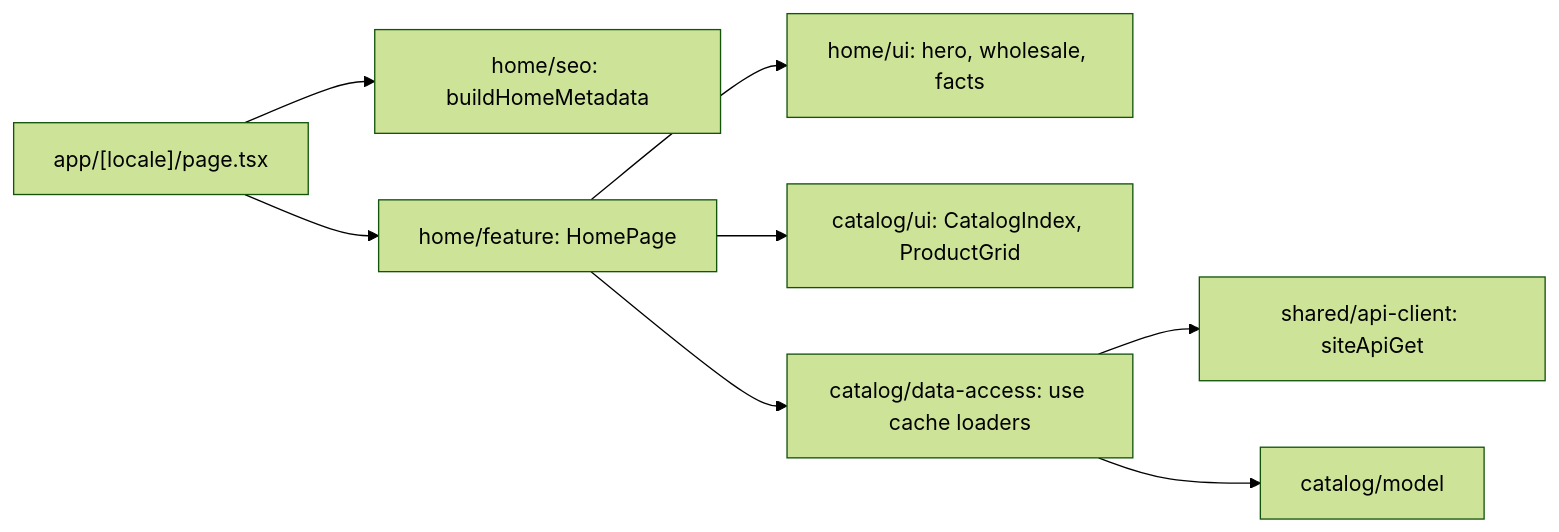
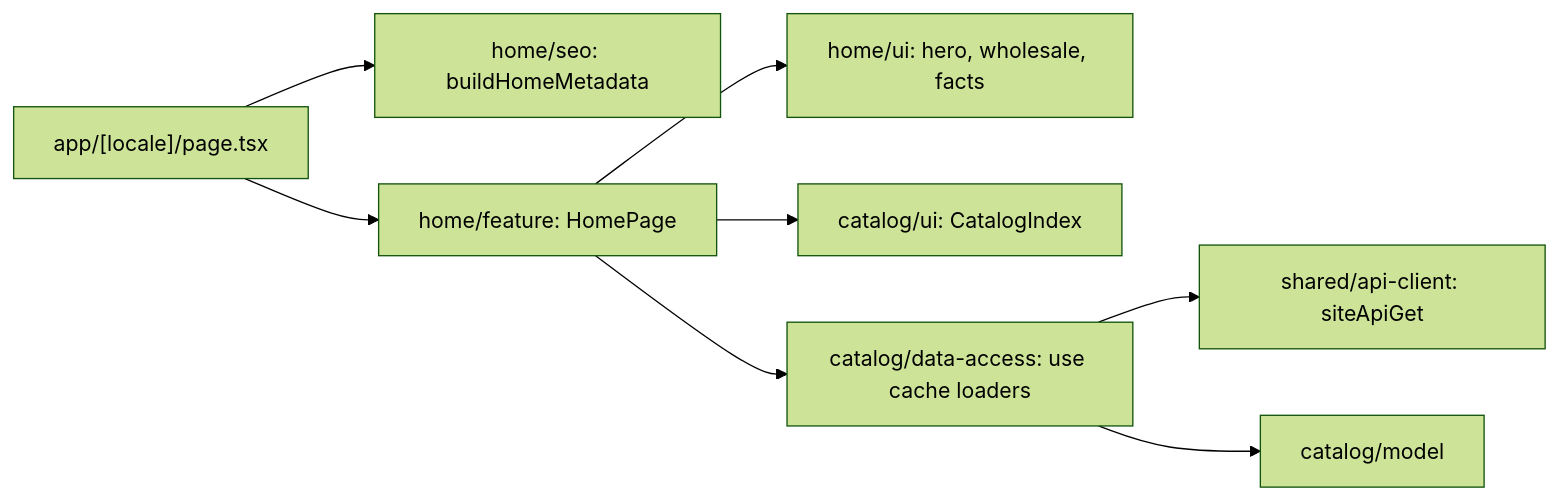
Before and after one commit to Weretik/kedr-web: the diagram in docs/features/site/home.md, drawn with Mermaid (forest theme). The commit also changed other lines of this file and 13 other files, not shown here.

````diff
--- a/docs/features/site/home.md
+++ b/docs/features/site/home.md
@@ -14,10 +14,10 @@
 ```mermaid
 flowchart LR
 Route["app/[locale]/page.tsx"] --> Seo["home/seo: buildHomeMetadata"]
 Route --> Feature["home/feature: HomePage"]
 Feature --> HomeUi["home/ui: hero, wholesale, facts"]
-Feature --> CatalogUi["catalog/ui: CatalogIndex, ProductGrid"]
+Feature --> CatalogUi["catalog/ui: CatalogIndex"]
 Feature --> Data["catalog/data-access: use cache loaders"]
 Data --> Api["shared/api-client: siteApiGet"]
 Data --> Model["catalog/model"]
 ```
````
